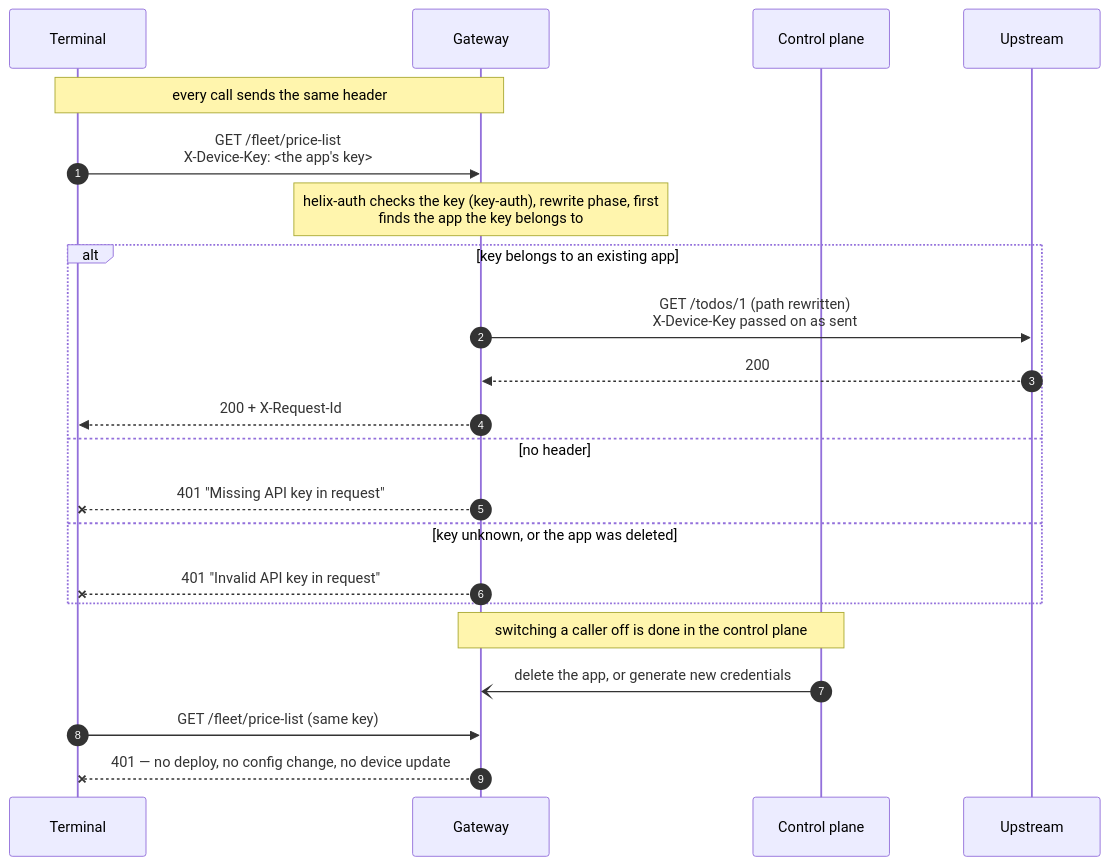
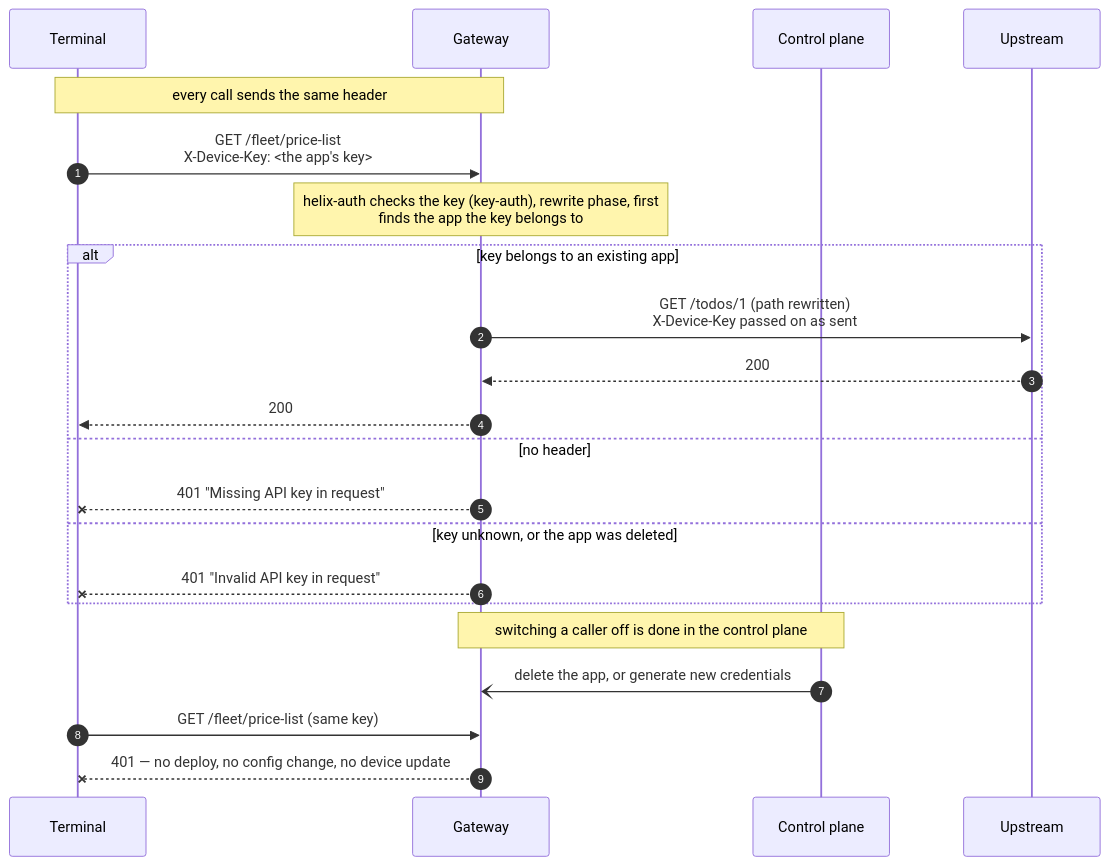
The diagram in solutions/08-api-key/architecture.md (digitalapicraft/api-gateway-solutions), drawn with Mermaid before and after one commit. The commit also changed other lines of this file and 5 other files, not shown here.

````diff
--- a/solutions/08-api-key/architecture.md
+++ b/solutions/08-api-key/architecture.md
@@ -66,27 +66,27 @@
 ```mermaid
 sequenceDiagram
     autonumber
     participant T as Terminal
     participant GW as Gateway
     participant CP as Control plane
     participant UP as Upstream
 
     Note over T,GW: every call sends the same header
     T->>GW: GET /fleet/price-list<br/>X-Device-Key: <the app's key>
 
     Note over GW: helix-auth checks the key (key-auth), rewrite phase, first<br/>finds the app the key belongs to
     alt key belongs to an existing app
         GW->>UP: GET /todos/1 (path rewritten)<br/>X-Device-Key passed on as sent
         UP-->>GW: 200
-        GW-->>T: 200 + X-Request-Id
+        GW-->>T: 200
     else no header
         GW--xT: 401 "Missing API key in request"
     else key unknown, or the app was deleted
         GW--xT: 401 "Invalid API key in request"
     end
 
     Note over CP,GW: switching a caller off is done in the control plane
     CP-)GW: delete the app, or generate new credentials
     T->>GW: GET /fleet/price-list (same key)
     GW--xT: 401 — no deploy, no config change, no device update
 ```
````
